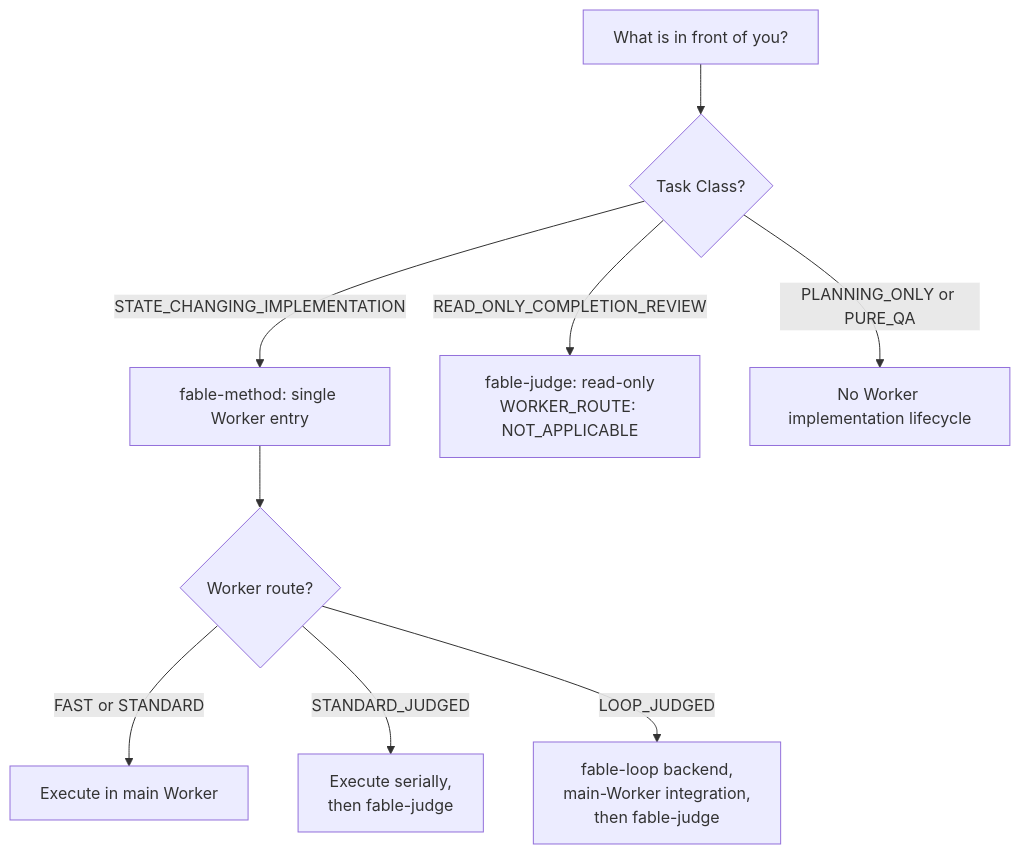
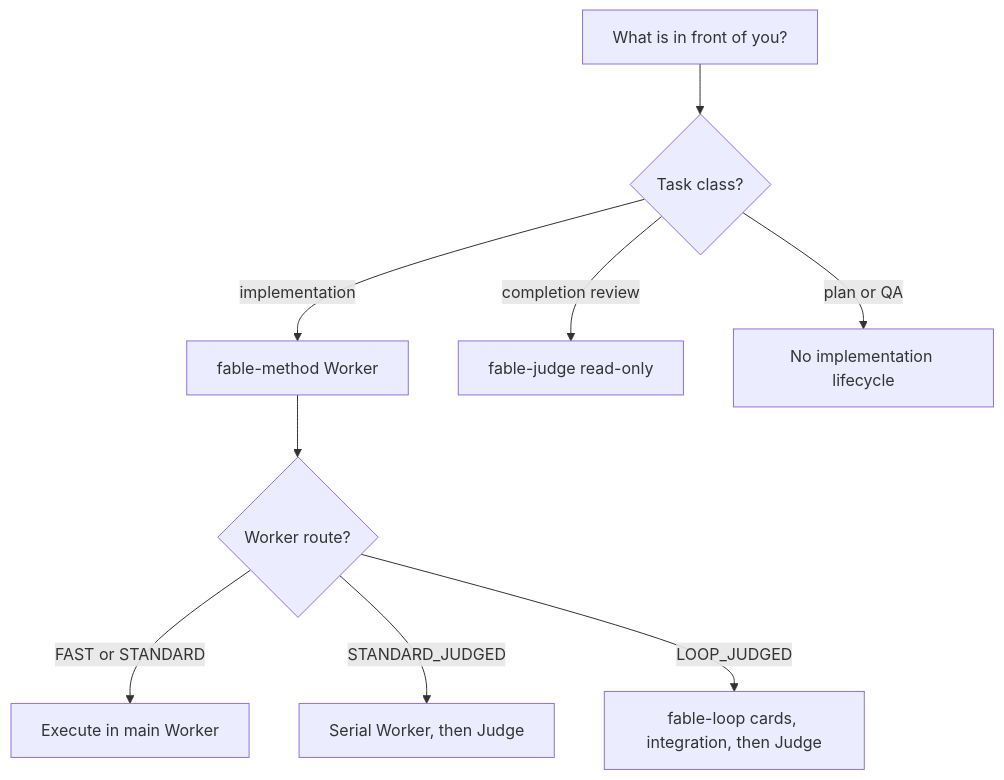
Before and after one commit to kelvinhuang0327/skill: the fifth of 5 diagrams in fable-method/platforms/codex/fable-method/references/flowcharts.md, drawn with Mermaid. The commit also changed other lines of this file and 63 other files, not shown here.

````diff
--- a/fable-method/platforms/codex/fable-method/references/flowcharts.md
+++ b/fable-method/platforms/codex/fable-method/references/flowcharts.md
@@ -196,11 +102,11 @@
 ```mermaid
 flowchart TD
-    Q["What is in front of you?"] --> C{"Task Class?"}
-    C -->|"STATE_CHANGING_IMPLEMENTATION"| M["fable-method: single Worker entry"]
-    C -->|"READ_ONLY_COMPLETION_REVIEW"| J["fable-judge: read-only<br/>WORKER_ROUTE: NOT_APPLICABLE"]
-    C -->|"PLANNING_ONLY or PURE_QA"| NONE["No Worker implementation lifecycle"]
-    M --> R{"Worker route?"}
-    R -->|"FAST or STANDARD"| INLINE["Execute in main Worker"]
-    R -->|"STANDARD_JUDGED"| IJ["Execute serially,<br/>then fable-judge"]
-    R -->|"LOOP_JUDGED"| L["fable-loop backend,<br/>main-Worker integration,<br/>then fable-judge"]
+    ASK["What is in front of you?"] --> CLASS{"Task class?"}
+    CLASS -->|implementation| WORKER["fable-method Worker"]
+    CLASS -->|completion review| JUDGE["fable-judge read-only"]
+    CLASS -->|plan or QA| FINDINGS["No implementation lifecycle"]
+    WORKER --> ROUTE{"Worker route?"}
+    ROUTE -->|"FAST or STANDARD"| INLINE["Execute in main Worker"]
+    ROUTE -->|STANDARD_JUDGED| INDEPENDENT["Serial Worker, then Judge"]
+    ROUTE -->|LOOP_JUDGED| BACKEND["fable-loop cards, integration, then Judge"]
 ```
````
